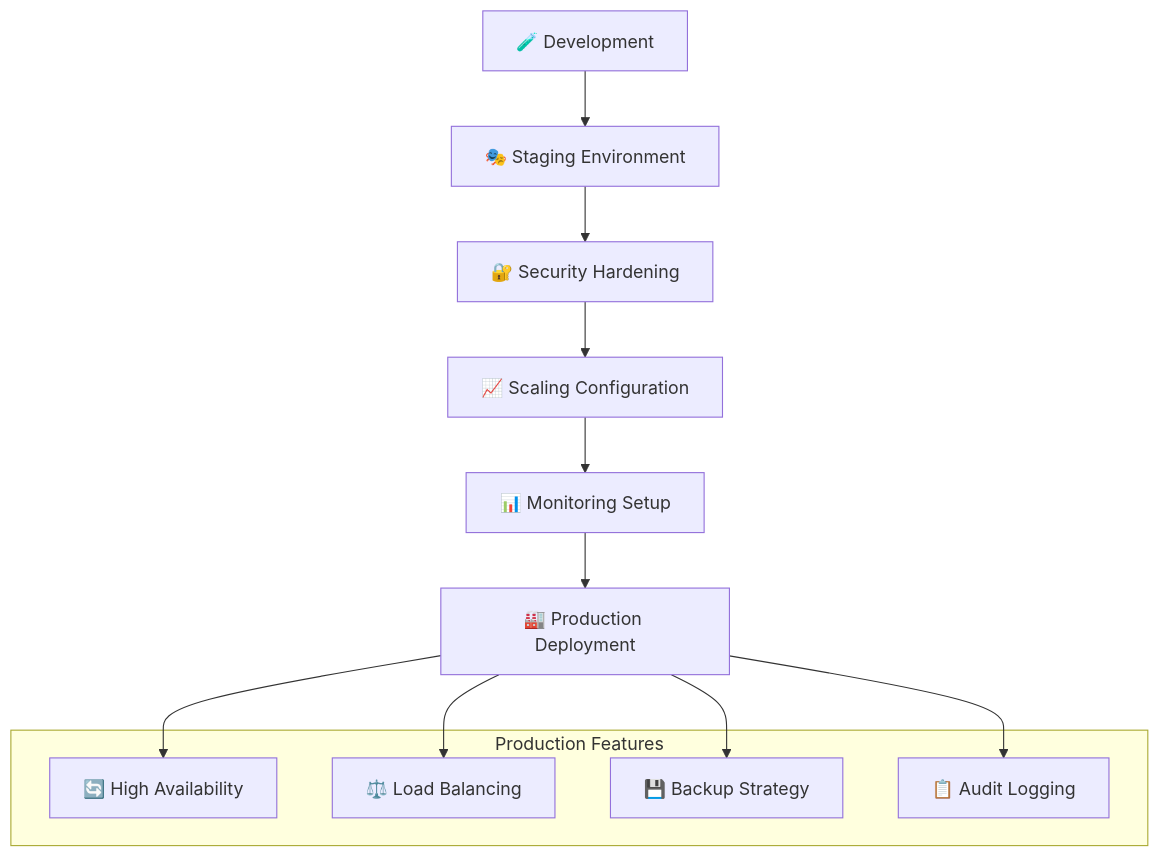
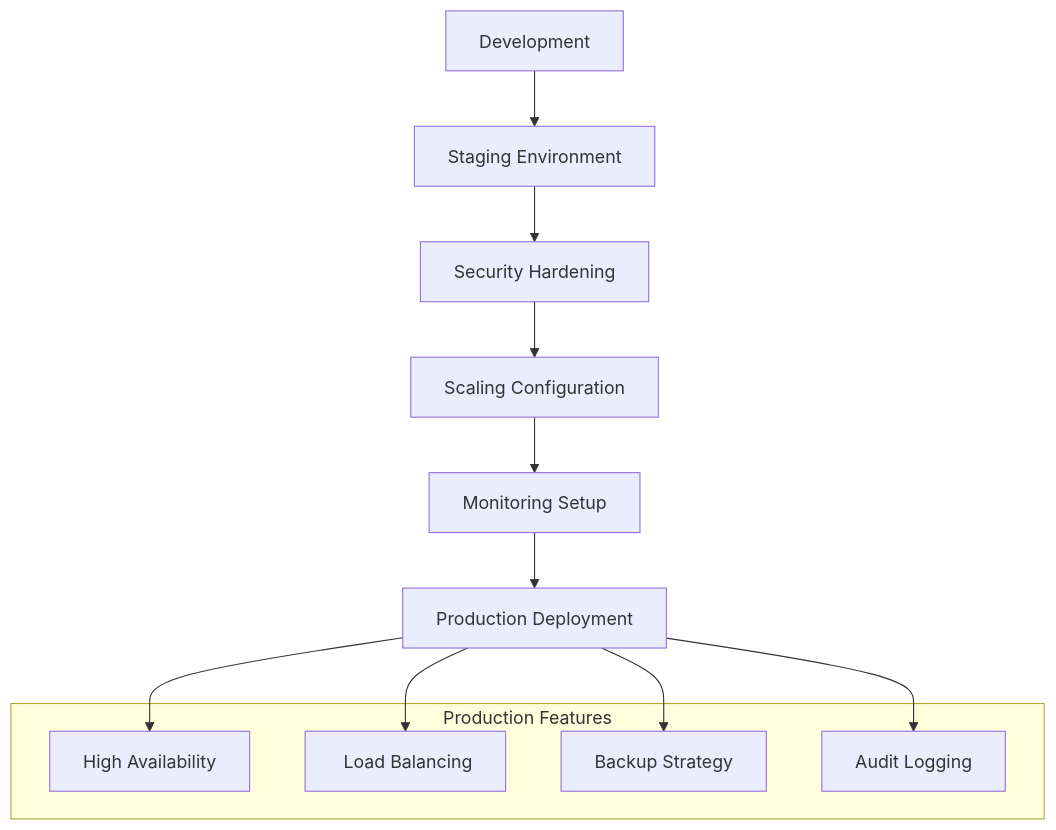
One commit to Monsau/S3connectorplaybook changed the seventh of 12 diagrams in README.md. Above: the diagram before and after it, drawn with Mermaid. The commit also changed other lines of this file and 4 other files, not shown here.

````diff
--- a/README.md
+++ b/README.md
@@ -502,20 +502,20 @@
 ```mermaid
 graph TB
-    Dev[🧪 Development] --> Staging[🎭 Staging Environment]
-    Staging --> Security[🔐 Security Hardening]
-    Security --> Scale[📈 Scaling Configuration]
-    Scale --> Monitor[📊 Monitoring Setup]
-    Monitor --> Production[🏭 Production Deployment]
+    Dev[ Development] --> Staging[ Staging Environment]
+    Staging --> Security[ Security Hardening]
+    Security --> Scale[ Scaling Configuration]
+    Scale --> Monitor[ Monitoring Setup]
+    Monitor --> Production[ Production Deployment]
     
     subgraph "Production Features"
-        HA[🔄 High Availability]
-        LB[⚖️ Load Balancing]
-        Backup[💾 Backup Strategy]
-        Audit[📋 Audit Logging]
+        HA[ High Availability]
+        LB[️ Load Balancing]
+        Backup[ Backup Strategy]
+        Audit[ Audit Logging]
     end
     
     Production --> HA
     Production --> LB
     Production --> Backup
     Production --> Audit
 ```
````
